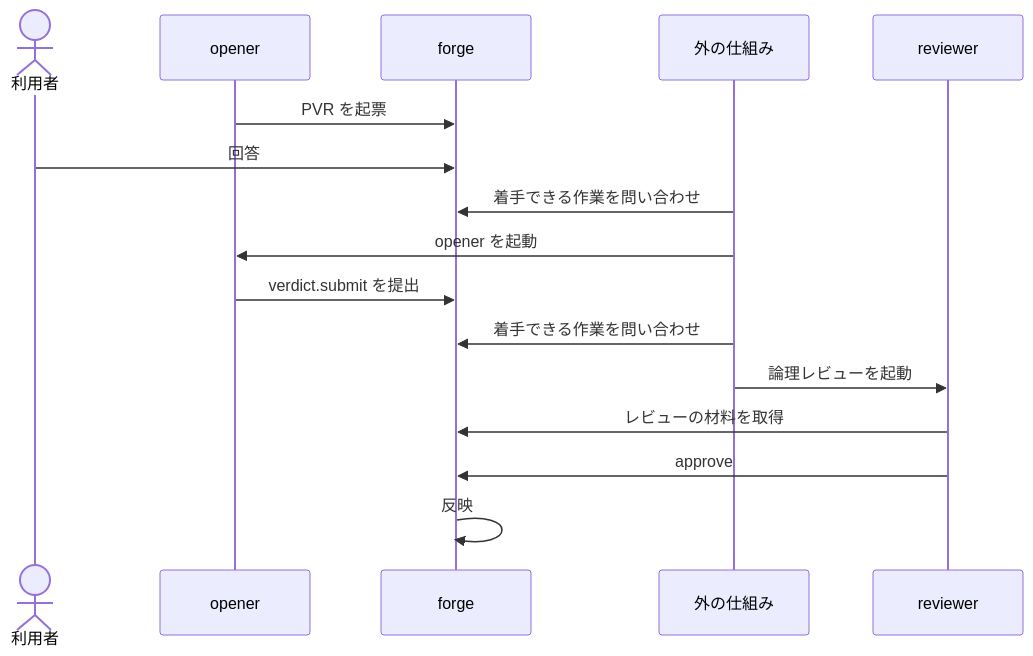
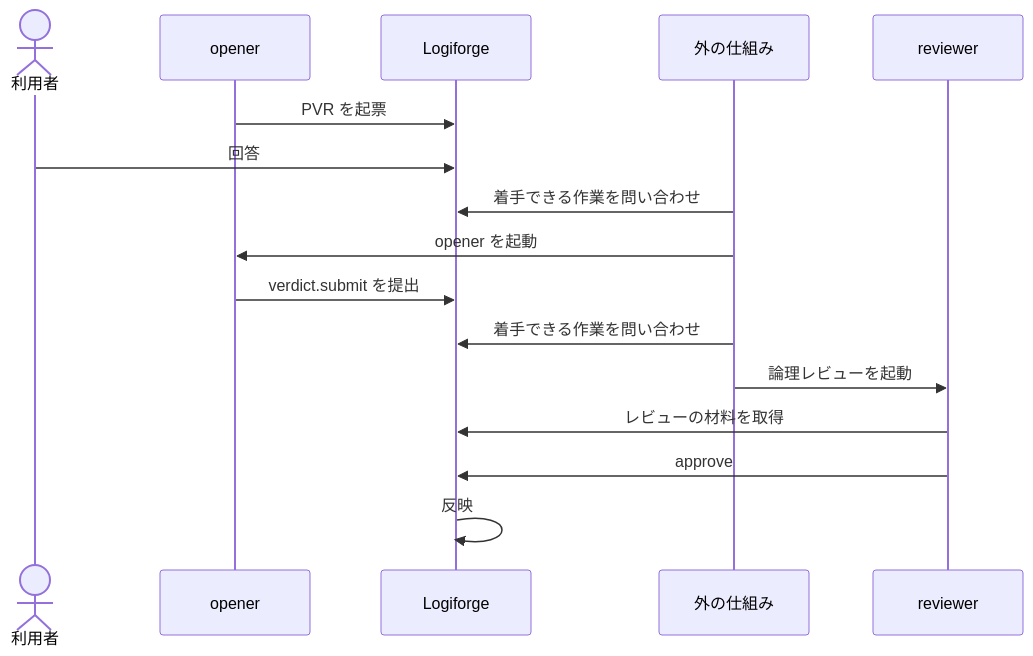
Before and after one commit to yamambainc/logiforge: the diagram in docs/human-requests/README.md, drawn with Mermaid. The commit also changed other lines of this file and 43 other files, not shown here.

````diff
--- a/docs/human-requests/README.md
+++ b/docs/human-requests/README.md
@@ -46,18 +46,18 @@
 ```mermaid
 sequenceDiagram
   actor U as 利用者
   participant O as opener
-  participant H as forge
+  participant H as Logiforge
   participant X as 外の仕組み
   participant R as reviewer
   O->>H: PVR を起票
   U->>H: 回答
   X->>H: 着手できる作業を問い合わせ
   X->>O: opener を起動
   O->>H: verdict.submit を提出
   X->>H: 着手できる作業を問い合わせ
   X->>R: 論理レビューを起動
   R->>H: レビューの材料を取得
   R->>H: approve
   H->>H: 反映
 ```
````
